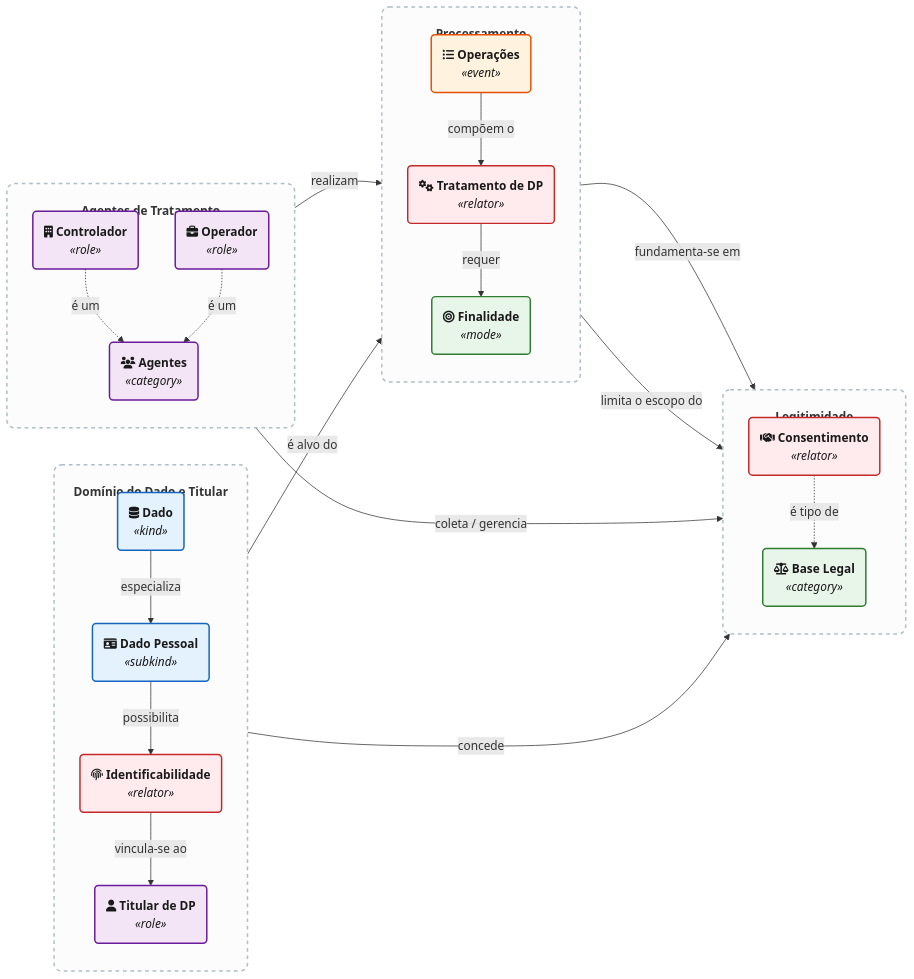
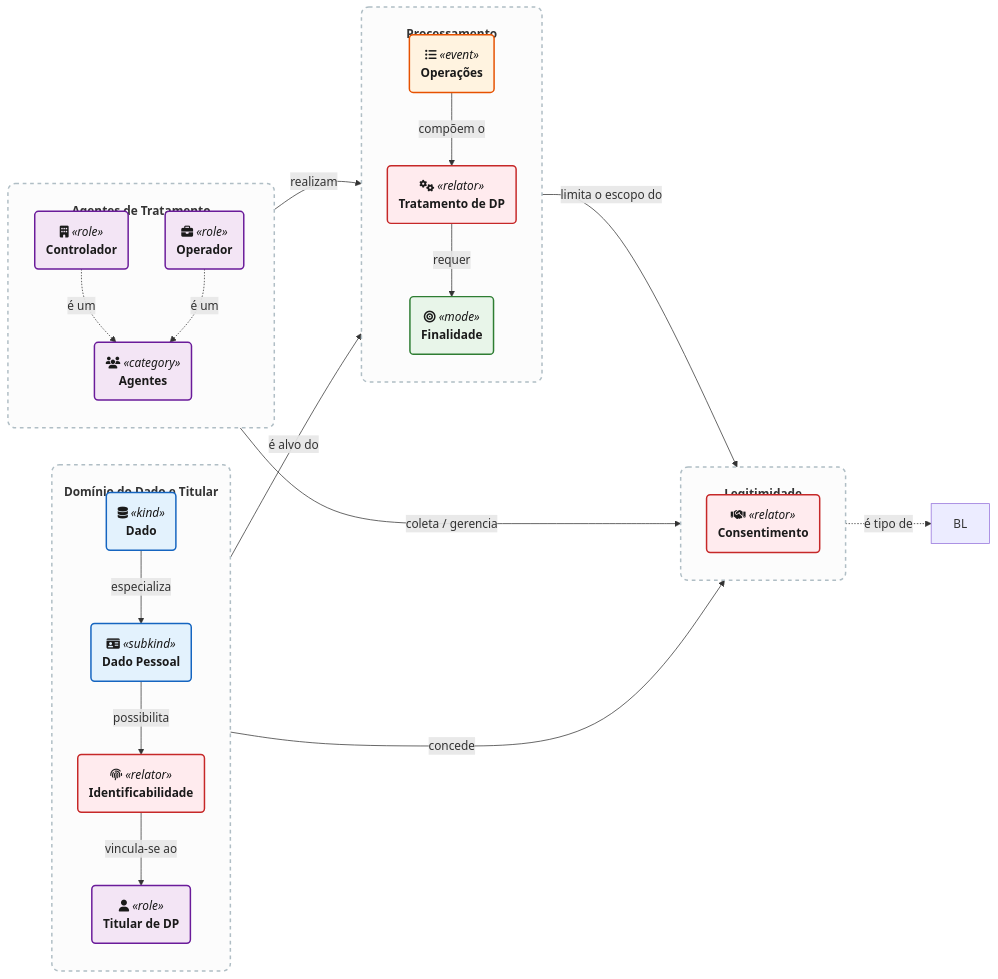
One commit to TNK443/Dissertacao changed the second of 3 diagrams in ONTOPRIVACY/README.md. Above: the diagram before and after it, drawn with Mermaid. The commit also changed other lines of this file, not shown here.

````diff
--- a/ONTOPRIVACY/README.md
+++ b/ONTOPRIVACY/README.md
@@ -93,66 +93,64 @@
 ```mermaid
 flowchart LR
 
     classDef dado fill:#E3F2FD,stroke:#1565C0,stroke-width:2px,color:#1A1A1A;
     classDef processo fill:#FFF3E0,stroke:#E65100,stroke-width:2px,color:#1A1A1A;
     classDef ator fill:#F3E5F5,stroke:#6A1B9A,stroke-width:2px,color:#1A1A1A;
     classDef regra fill:#E8F5E9,stroke:#2E7D32,stroke-width:2px,color:#1A1A1A;
     classDef relator fill:#FFEBEE,stroke:#C62828,stroke-width:2px,color:#1A1A1A;
 
     subgraph G1["<br><b>Domínio do Dado e Titular</b><br>&nbsp;"]
         direction TB
-        D("fa:fa-database <b>Dado</b>\n<i>«kind»</i>"):::dado
-        DP("fa:fa-id-card <b>Dado Pessoal</b>\n<i>«subkind»</i>"):::dado
-        I("fa:fa-fingerprint <b>Identificabilidade</b>\n<i>«relator»</i>"):::relator
-        T("fa:fa-user <b>Titular de DP</b>\n<i>«role»</i>"):::ator
+        D("fa:fa-database <i>«kind»</i>\n<b>Dado</b>"):::dado
+        DP("fa:fa-id-card <i>«subkind»</i>\n<b>Dado Pessoal</b>"):::dado
+        I("fa:fa-fingerprint <i>«relator»</i>\n<b>Identificabilidade</b>"):::relator
+        T("fa:fa-user <i>«role»</i>\n<b>Titular de DP</b>"):::ator
     end
 
     subgraph G3["<br><b>Agentes de Tratamento</b><br>&nbsp;"]
         direction TB
-        P("fa:fa-users <b>Agentes</b>\n<i>«category»</i>"):::ator
-        CTRL("fa:fa-building <b>Controlador</b>\n<i>«role»</i>"):::ator
-        OPR("fa:fa-briefcase <b>Operador</b>\n<i>«role»</i>"):::ator
+        P("fa:fa-users <i>«category»</i>\n<b>Agentes</b>"):::ator
+        CTRL("fa:fa-building <i>«role»</i>\n<b>Controlador</b>"):::ator
+        OPR("fa:fa-briefcase <i>«role»</i>\n<b>Operador</b>"):::ator
     end
 
     subgraph G2["<br><b>Processamento</b><br>&nbsp;"]
         direction TB
-        TDP("fa:fa-cogs <b>Tratamento de DP</b>\n<i>«relator»</i>"):::relator
-        O("fa:fa-list-ul <b>Operações</b>\n<i>«event»</i>"):::processo
-        F("fa:fa-bullseye <b>Finalidade</b>\n<i>«mode»</i>"):::regra
+        TDP("fa:fa-cogs <i>«relator»</i>\n<b>Tratamento de DP</b>"):::relator
+        O("fa:fa-list-ul <i>«event»</i>\n<b>Operações</b>"):::processo
+        F("fa:fa-bullseye <i>«mode»</i>\n<b>Finalidade</b>"):::regra
     end
 
     subgraph G4["<br><b>Legitimidade</b><br>&nbsp;"]
         direction TB
-        BL("fa:fa-balance-scale <b>Base Legal</b>\n<i>«category»</i>"):::regra
-        C("fa:fa-handshake <b>Consentimento</b>\n<i>«relator»</i>"):::relator
+        C("fa:fa-handshake <i>«relator»</i>\n<b>Consentimento</b>"):::relator
     end
 
     %% Eixo Dado -> Titular
     D -->|especializa| DP
     DP -->|possibilita| I
     I -->|vincula-se ao| T
     
     %% Eixo Agentes
     CTRL -.->|é um| P
     OPR -.->|é um| P
     P -->|realizam| TDP
     
     %% Eixo Tratamento
     DP -->|é alvo do| TDP
     O -->|compõem o| TDP
     TDP -->|requer| F
     
     %% Eixo Base Legal / Consentimento
-    TDP -->|fundamenta-se em| BL
     C -.->|é tipo de| BL
     
     T -->|concede| C
     CTRL -->|coleta / gerencia| C
     F -->|limita o escopo do| C
 
     %% ESTILO DAS CAIXAS (SUBGRAPHS)
     style G1 fill:#fcfcfc,stroke:#B0BEC5,stroke-width:2px,stroke-dasharray: 5 5,rx:10,ry:10
     style G2 fill:#fcfcfc,stroke:#B0BEC5,stroke-width:2px,stroke-dasharray: 5 5,rx:10,ry:10
     style G3 fill:#fcfcfc,stroke:#B0BEC5,stroke-width:2px,stroke-dasharray: 5 5,rx:10,ry:10
     style G4 fill:#fcfcfc,stroke:#B0BEC5,stroke-width:2px,stroke-dasharray: 5 5,rx:10,ry:10
 ```
````
